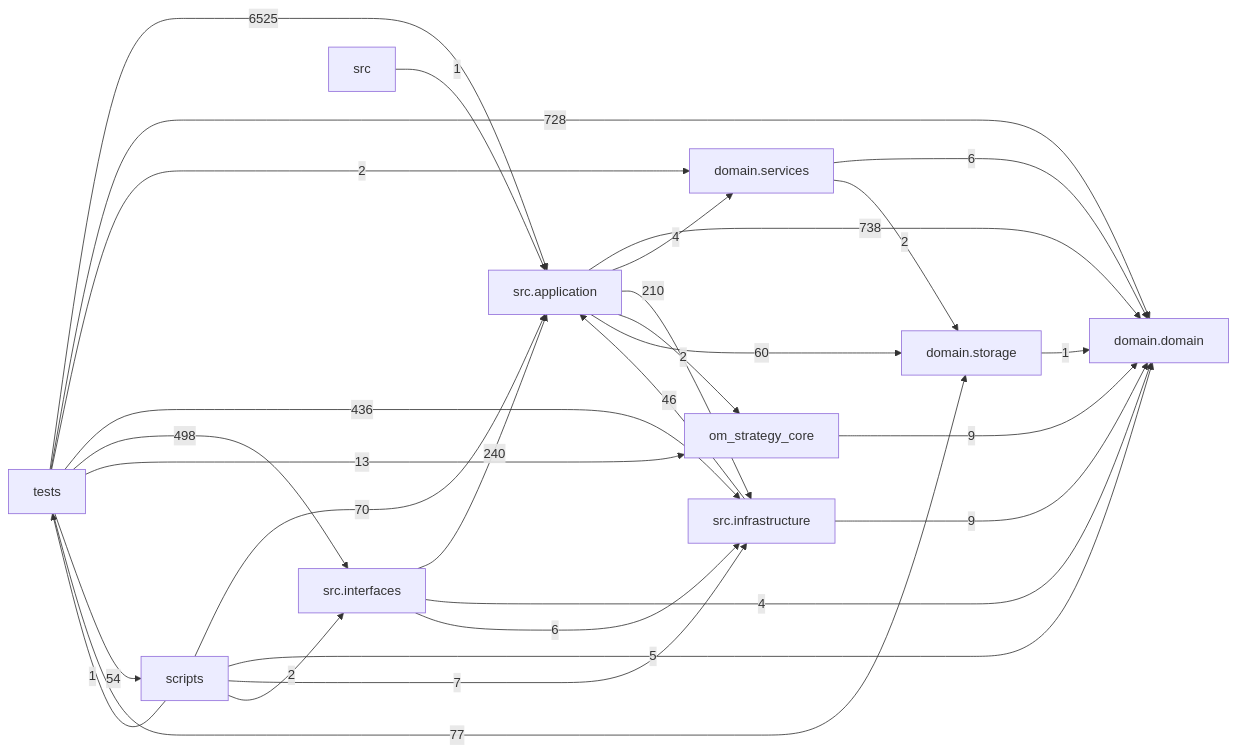
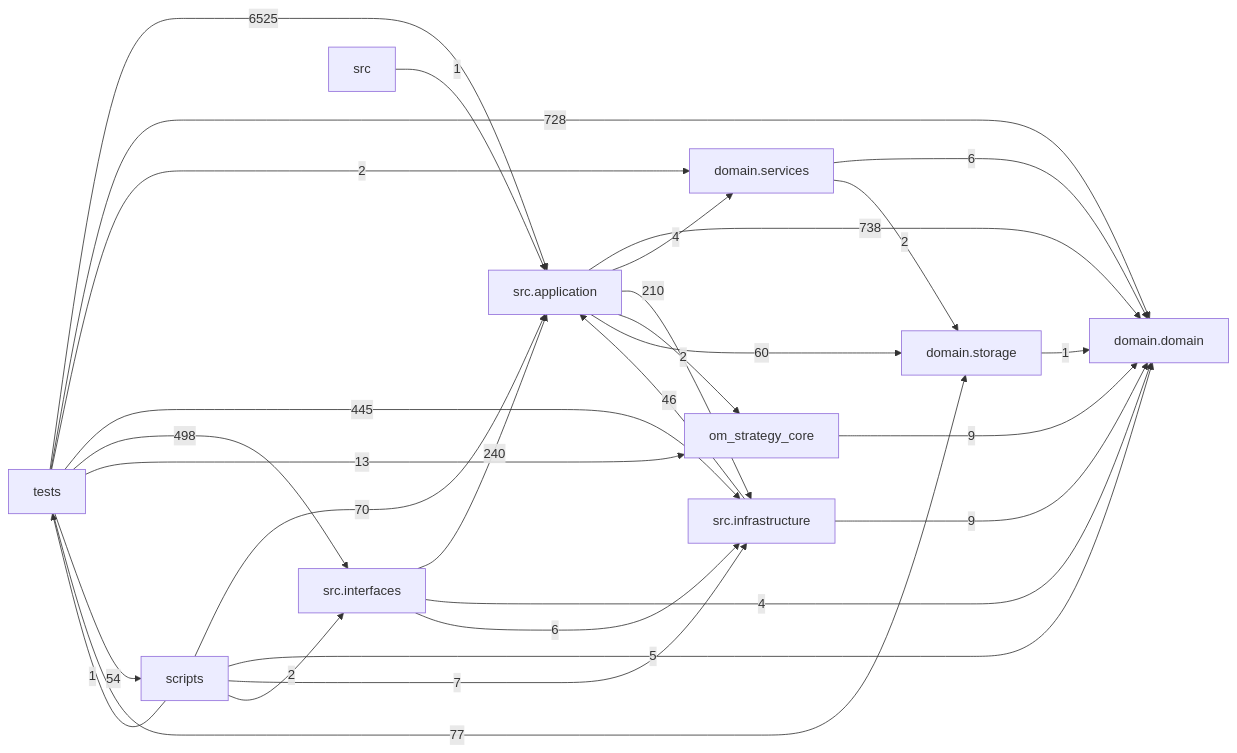
The diagram in docs/DEPENDENCY_GRAPH.md (liuxie066/options-monitor), drawn with Mermaid before and after one commit. The commit also changed other lines of this file and 3 other files, not shown here.

````diff
--- a/docs/DEPENDENCY_GRAPH.md
+++ b/docs/DEPENDENCY_GRAPH.md
@@ -24,39 +24,39 @@
 ```mermaid
 flowchart LR
   tests["tests"]
   scripts["scripts"]
   interfaces["src.interfaces"]
   application["src.application"]
   infrastructure["src.infrastructure"]
   domain_services["domain.services"]
   domain["domain.domain"]
   storage["domain.storage"]
   application -->|738| domain
   application -->|4| domain_services
   application -->|210| infrastructure
   application -->|2| om_strategy_core
   application -->|60| storage
   domain_services -->|6| domain
   domain_services -->|2| storage
   infrastructure -->|46| application
   infrastructure -->|9| domain
   interfaces -->|240| application
   interfaces -->|4| domain
   interfaces -->|6| infrastructure
   om_strategy_core -->|9| domain
   scripts -->|70| application
   scripts -->|5| domain
   scripts -->|7| infrastructure
   scripts -->|2| interfaces
   scripts -->|1| tests
   src -->|1| application
   storage -->|1| domain
   tests -->|6525| application
   tests -->|728| domain
   tests -->|2| domain_services
-  tests -->|436| infrastructure
+  tests -->|445| infrastructure
   tests -->|498| interfaces
   tests -->|13| om_strategy_core
   tests -->|54| scripts
   tests -->|77| storage
 ```
````
